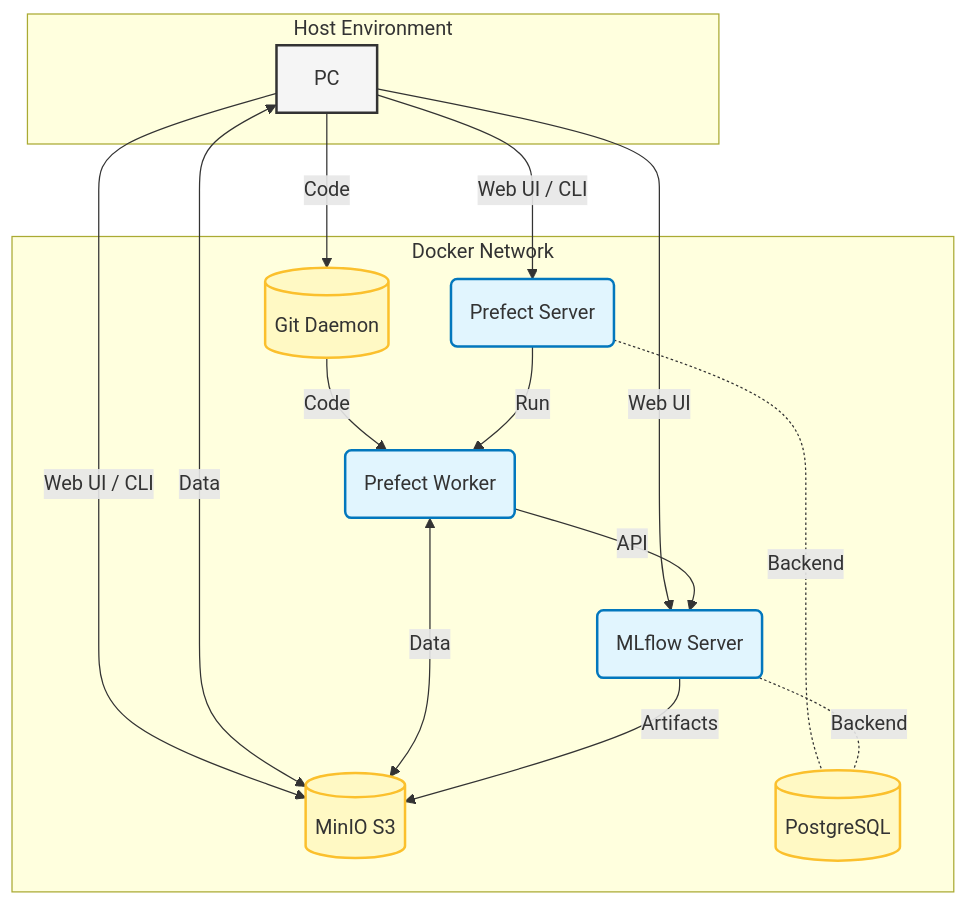
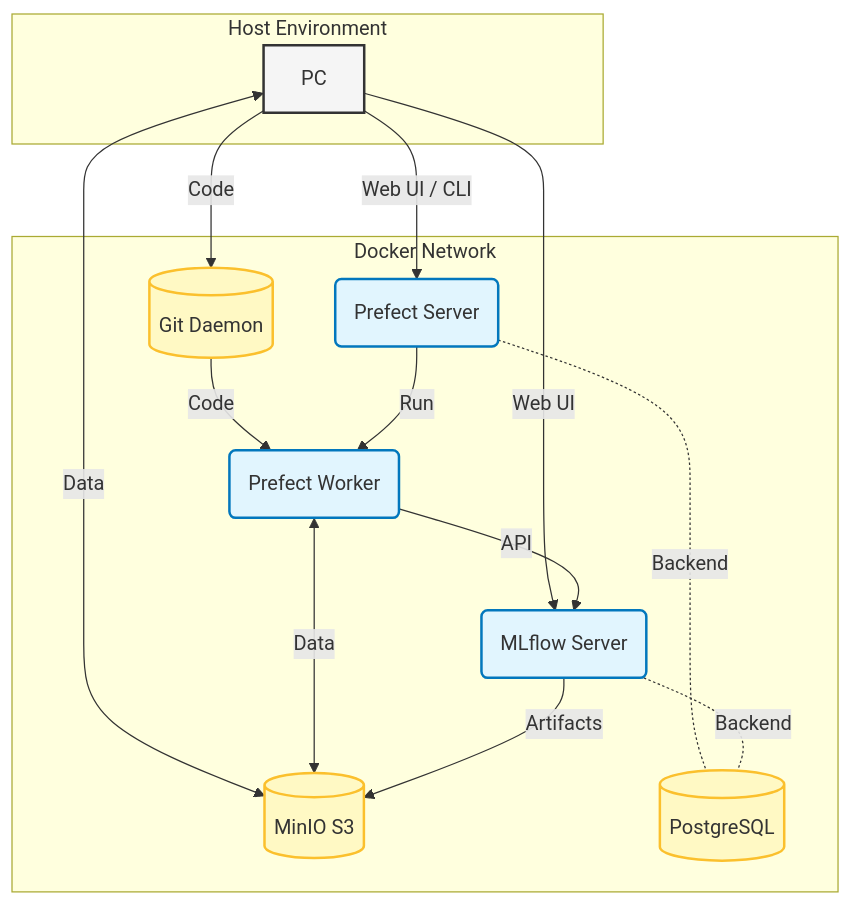
The diagram in README.md (m15a/acap-datasci-env), drawn with Mermaid before and after one commit.

Commit message:
docs: remove PC to MinIO 'Web UI / CLI' arrow

````diff
--- a/README.md
+++ b/README.md
@@ -19,35 +19,35 @@
 ```mermaid
 graph TD
     classDef host fill:#f5f5f5,stroke:#333,stroke-width:2px;
     classDef app fill:#e1f5fe,stroke:#0277bd,stroke-width:2px;
     classDef infra fill:#fff9c4,stroke:#fbc02d,stroke-width:2px;
 
     subgraph host_net [Host Environment]
         host[PC]:::host
     end
 
     subgraph docker_net [Docker Network]
         prefect_server(Prefect Server):::app
         prefect_worker(Prefect Worker):::app
         mlflow(MLflow Server):::app
 
         git[(Git Daemon)]:::infra
         minio[(MinIO S3)]:::infra
         postgres[(PostgreSQL)]:::infra
 
         host -->|Code| git -->|Code| prefect_worker
         host -->|Web UI / CLI| prefect_server
         host -->|Web UI| mlflow
-        host -->|Web UI / CLI| minio
+        %%host -->|Web UI / CLI| minio
         host <-->|Data| minio
 
         prefect_server -.-|Backend| postgres
         prefect_server -->|Run| prefect_worker
 
         prefect_worker -->|API| mlflow
         prefect_worker <-->|Data| minio
 
         mlflow -.-|Backend| postgres
         mlflow -->|Artifacts| minio
     end
 ```
````
